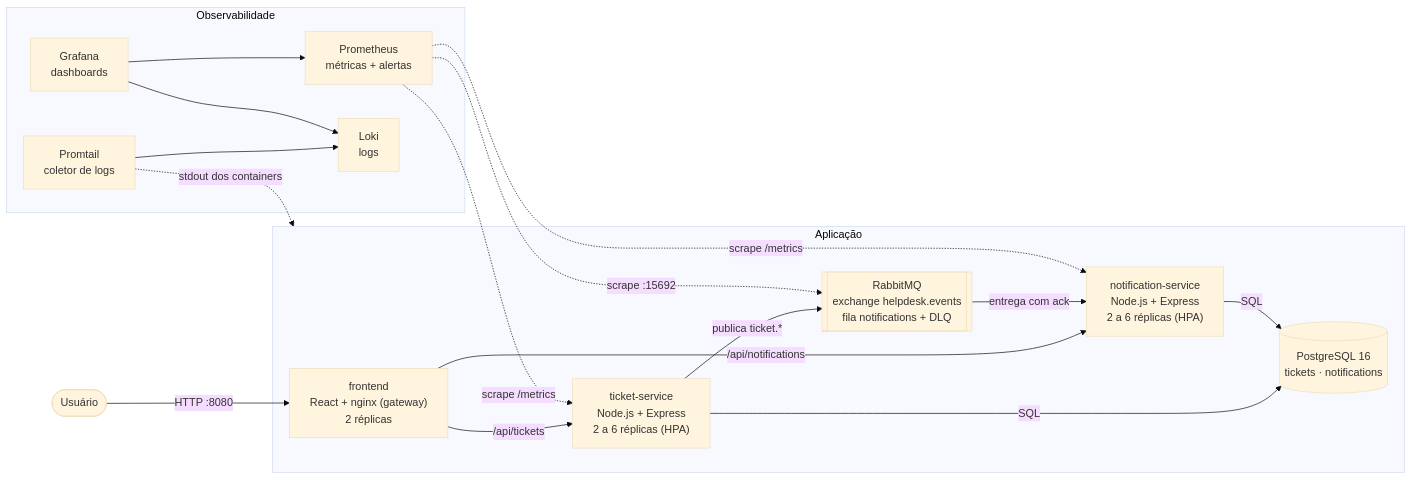
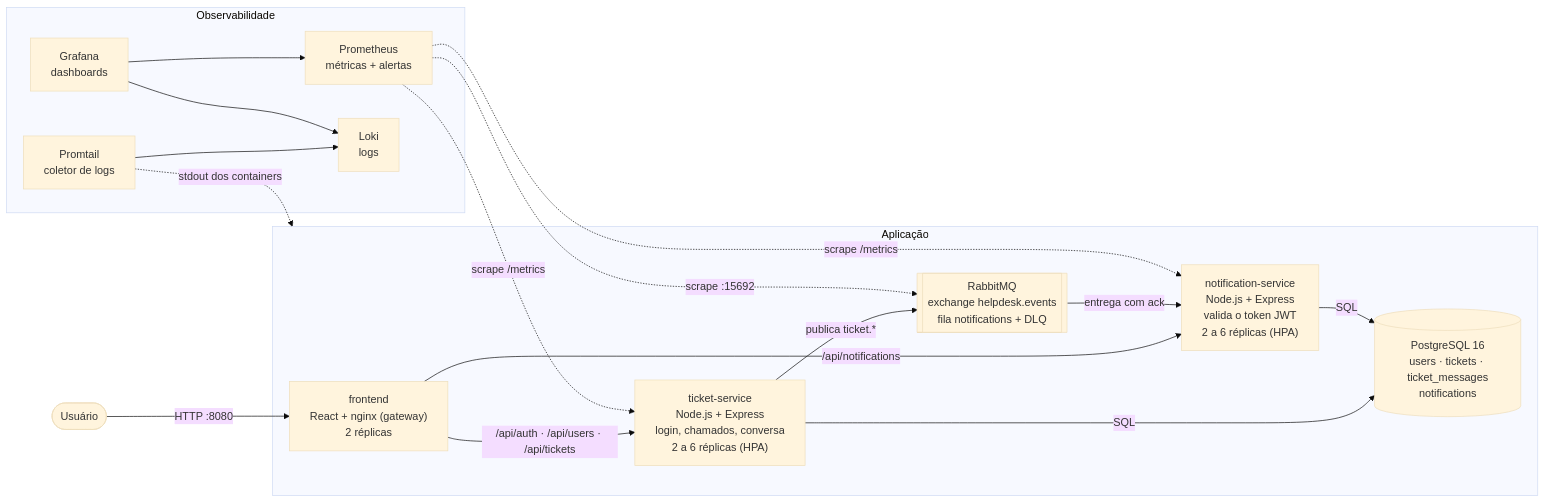
One commit to jlvjunior/HelpDesk changed the first of 4 diagrams in docs/arquitetura/README.md. Above: the diagram before and after it, drawn with Mermaid (base theme). The commit also changed other lines of this file and 25 other files, not shown here.

````diff
--- a/docs/arquitetura/README.md
+++ b/docs/arquitetura/README.md
@@ -27,34 +30,34 @@
 ```mermaid
 flowchart LR
     U([Usuário]) -->|HTTP :8080| FE
 
     subgraph APP["Aplicação"]
         FE["frontend<br/>React + nginx (gateway)<br/>2 réplicas"]
-        TS["ticket-service<br/>Node.js + Express<br/>2 a 6 réplicas (HPA)"]
-        NS["notification-service<br/>Node.js + Express<br/>2 a 6 réplicas (HPA)"]
+        TS["ticket-service<br/>Node.js + Express<br/>login, chamados, conversa<br/>2 a 6 réplicas (HPA)"]
+        NS["notification-service<br/>Node.js + Express<br/>valida o token JWT<br/>2 a 6 réplicas (HPA)"]
         MQ[["RabbitMQ<br/>exchange helpdesk.events<br/>fila notifications + DLQ"]]
-        DB[("PostgreSQL 16<br/>tickets · notifications")]
+        DB[("PostgreSQL 16<br/>users · tickets · ticket_messages<br/>notifications")]
     end
 
-    FE -->|/api/tickets| TS
+    FE -->|/api/auth · /api/users · /api/tickets| TS
     FE -->|/api/notifications| NS
     TS -->|SQL| DB
     NS -->|SQL| DB
     TS -->|publica ticket.*| MQ
     MQ -->|entrega com ack| NS
 
     subgraph OBS["Observabilidade"]
         PR["Prometheus<br/>métricas + alertas"]
         LK["Loki<br/>logs"]
         PT["Promtail<br/>coletor de logs"]
         GF["Grafana<br/>dashboards"]
     end
 
     PR -.->|scrape /metrics| TS
     PR -.->|scrape /metrics| NS
     PR -.->|scrape :15692| MQ
     PT -.->|stdout dos containers| APP
     PT --> LK
     GF --> PR
     GF --> LK
 ```
````
